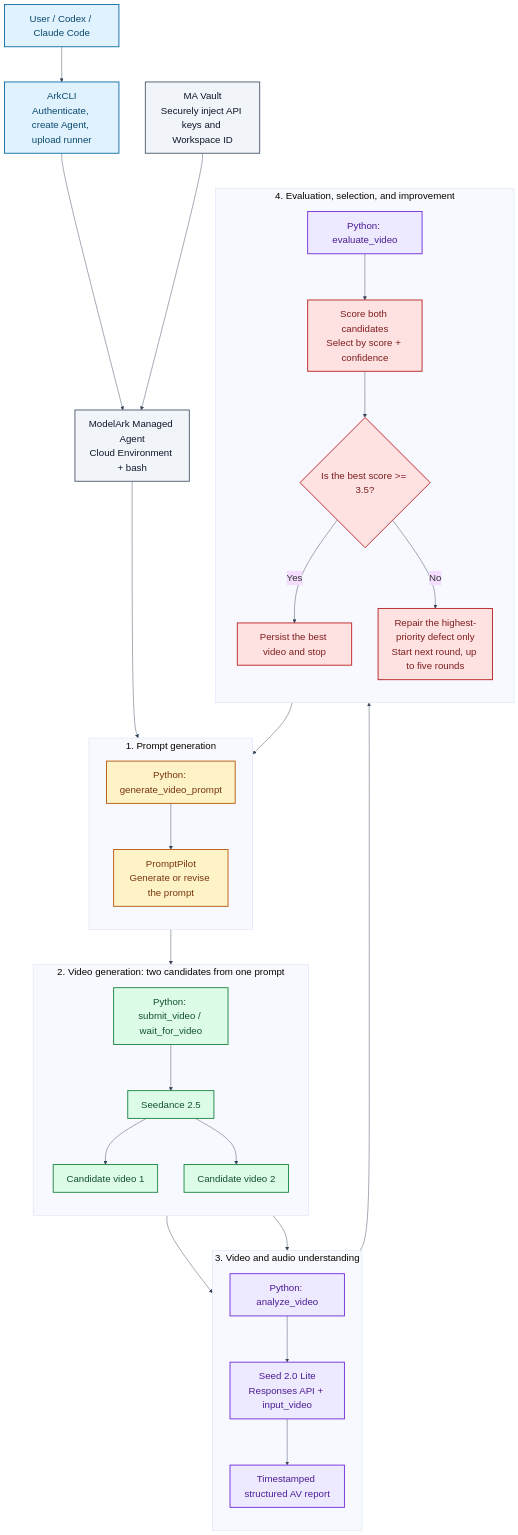
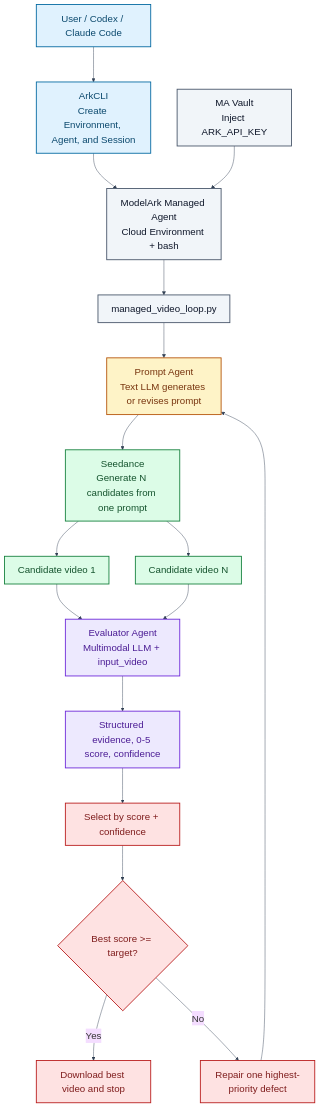
The diagram in docs/guide.en.md (xieyongliang/promptpilot-seedance-managed-loop), drawn with Mermaid before and after one commit. The commit also changed other lines of this file and 13 other files, not shown here.

Commit message:
Replace external evaluation with direct LLM video scoring

````diff
--- a/docs/guide.en.md
+++ b/docs/guide.en.md
@@ -11,53 +11,34 @@
 ```mermaid
 %%{init: {"theme": "base", "themeVariables": {"fontSize": "22px", "fontFamily": "Arial, sans-serif", "lineColor": "#334155"}, "flowchart": {"nodeSpacing": 60, "rankSpacing": 80, "curve": "basis"}}}%%
 flowchart TB
-    U["User / Codex / Claude Code"] --> CLI["ArkCLI<br/>Authenticate, create Agent, upload runner"]
+    U["User / Codex / Claude Code"] --> CLI["ArkCLI<br/>Create Environment, Agent, and Session"]
     CLI --> MA["ModelArk Managed Agent<br/>Cloud Environment + bash"]
-    VAULT["MA Vault<br/>Securely inject API keys and Workspace ID"] --> MA
+    VAULT["MA Vault<br/>Inject ARK_API_KEY"] --> MA
 
-    subgraph G1["1. Prompt generation"]
-        direction TB
-        PG["Python: generate_video_prompt"] --> PP["PromptPilot<br/>Generate or revise the prompt"]
-    end
-
-    subgraph G2["2. Video generation: two candidates from one prompt"]
-        direction TB
-        VS["Python: submit_video / wait_for_video"] --> SD["Seedance 2.5"]
-        SD --> C1["Candidate video 1"]
-        SD --> C2["Candidate video 2"]
-    end
-
-    subgraph G3["3. Video and audio understanding"]
-        direction TB
-        ANALYZE["Python: analyze_video"] --> SL["Seed 2.0 Lite<br/>Responses API + input_video"]
-        SL --> REPORT["Timestamped structured AV report"]
-    end
-
-    subgraph G4["4. Evaluation, selection, and improvement"]
-        direction TB
-        PE["Python: evaluate_video"] --> SCORE["Score both candidates<br/>Select by score + confidence"]
-        SCORE --> CHECK{"Is the best score >= 3.5?"}
-        CHECK -->|"Yes"| DONE["Persist the best video and stop"]
-        CHECK -->|"No"| FIX["Repair the highest-priority defect only<br/>Start next round, up to five rounds"]
-    end
-
-    MA --> PG
-    PP --> VS
-    C1 --> ANALYZE
-    C2 --> ANALYZE
-    REPORT --> PE
-    FIX --> PG
+    MA --> RUNNER["managed_video_loop.py"]
+    RUNNER --> PA["Prompt Agent<br/>Text LLM generates or revises prompt"]
+    PA --> SD["Seedance<br/>Generate N candidates from one prompt"]
+    SD --> C1["Candidate video 1"]
+    SD --> C2["Candidate video N"]
+    C1 --> EA["Evaluator Agent<br/>Multimodal LLM + input_video"]
+    C2 --> EA
+    EA --> SCORE["Structured evidence, 0-5 score, confidence"]
+    SCORE --> BEST["Select by score + confidence"]
+    BEST --> CHECK{"Best score >= target?"}
+    CHECK -->|"Yes"| DONE["Download best video and stop"]
+    CHECK -->|"No"| FIX["Repair one highest-priority defect"]
+    FIX --> PA
 
     classDef entry fill:#e0f2fe,stroke:#0369a1,stroke-width:2px,color:#0c4a6e;
     classDef control fill:#f1f5f9,stroke:#475569,stroke-width:2px,color:#0f172a;
     classDef prompt fill:#fef3c7,stroke:#b45309,stroke-width:2px,color:#78350f;
     classDef video fill:#dcfce7,stroke:#15803d,stroke-width:2px,color:#14532d;
-    classDef analysis fill:#ede9fe,stroke:#6d28d9,stroke-width:2px,color:#4c1d95;
+    classDef eval fill:#ede9fe,stroke:#6d28d9,stroke-width:2px,color:#4c1d95;
     classDef decision fill:#fee2e2,stroke:#b91c1c,stroke-width:2px,color:#7f1d1d;
     class U,CLI entry;
-    class MA,VAULT control;
-    class PG,PP prompt;
-    class VS,SD,C1,C2 video;
-    class ANALYZE,SL,REPORT,PE analysis;
-    class SCORE,CHECK,FIX,DONE decision;
+    class MA,VAULT,RUNNER control;
+    class PA prompt;
+    class SD,C1,C2 video;
+    class EA,SCORE eval;
+    class BEST,CHECK,FIX,DONE decision;
 ```
````
